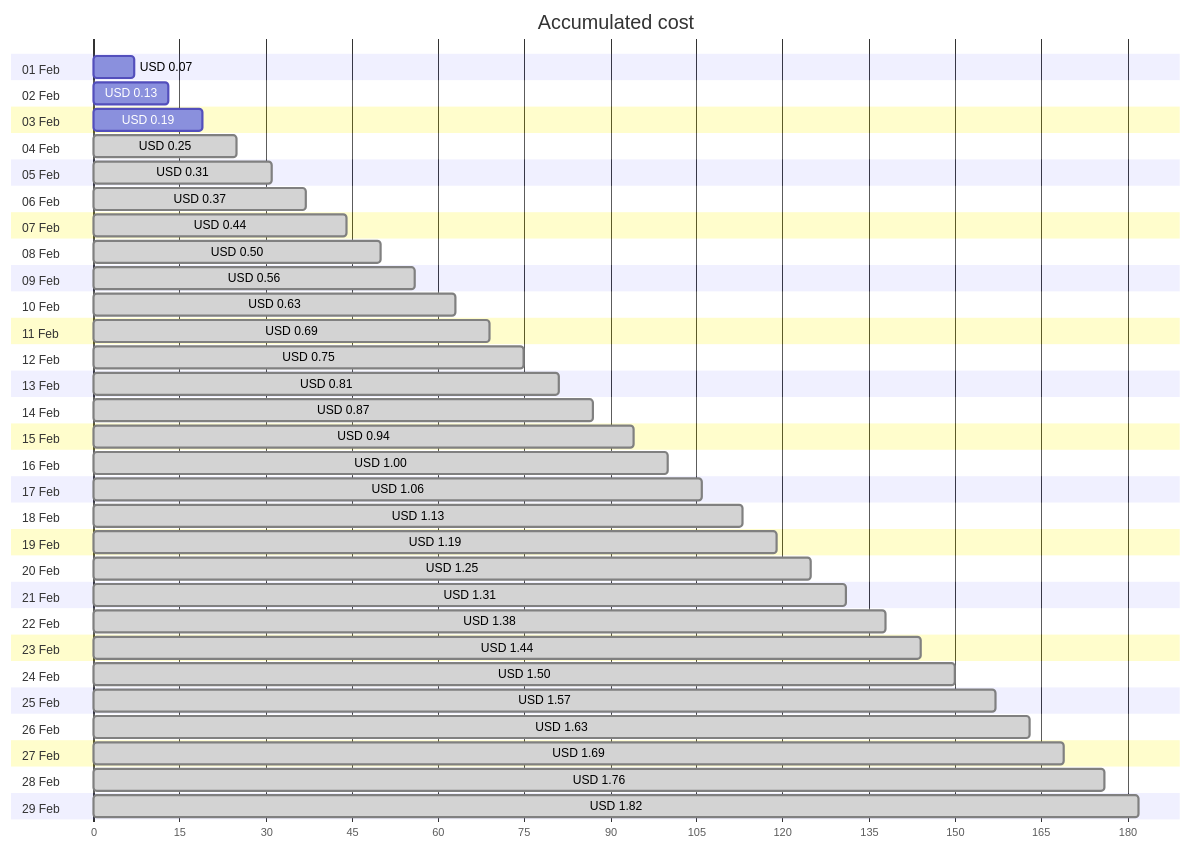
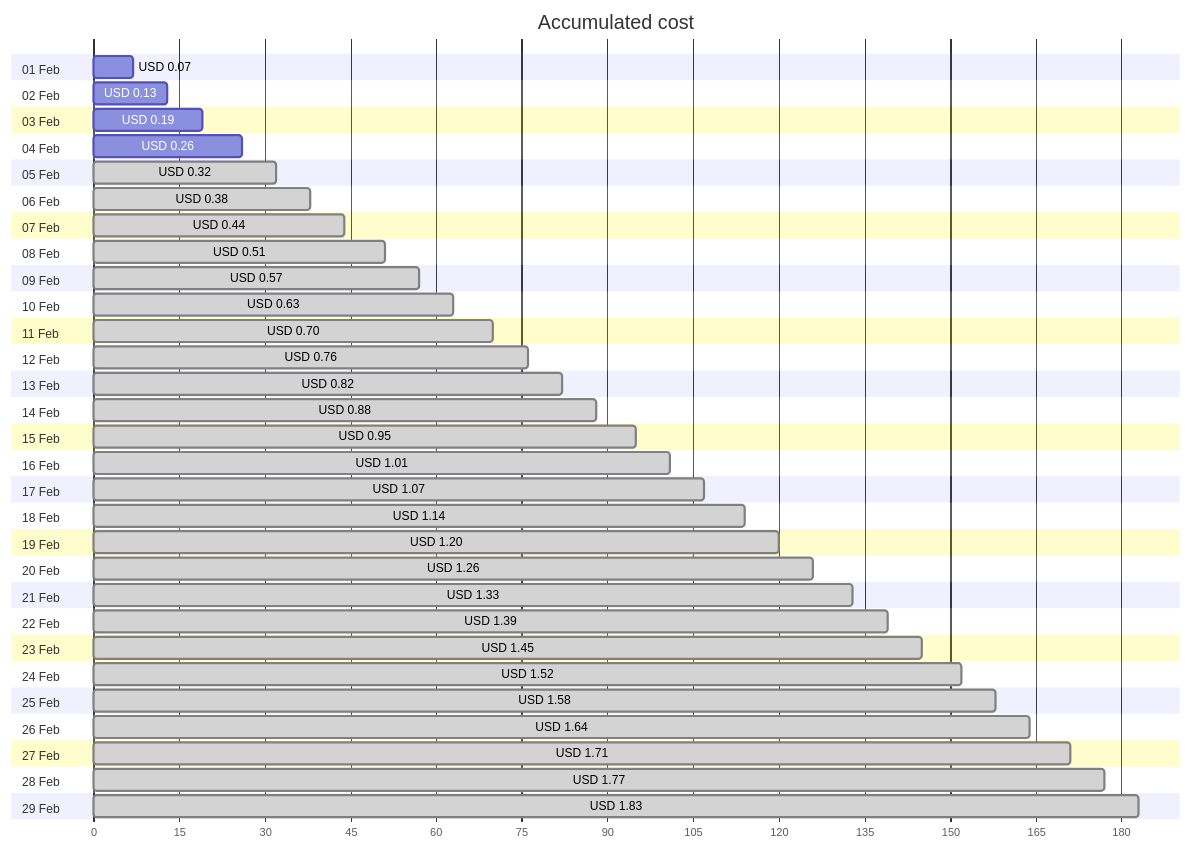
One commit to jpfulton/azure-personal-reports changed the first of 4 diagrams in cost-reports/personal-network/backup-server_OsDisk.md. Above: the diagram before and after it, drawn with Mermaid. The commit also changed other lines of this file and 8 other files, not shown here.

````diff
--- a/cost-reports/personal-network/backup-server_OsDisk.md
+++ b/cost-reports/personal-network/backup-server_OsDisk.md
@@ -20,64 +20,64 @@
 ```mermaid
 gantt
    title Accumulated cost
    dateFormat  X
    axisFormat %s
    section 01 Feb
    USD 0.07 :0, 7
    section 02 Feb
    USD 0.13 :0, 13
    section 03 Feb
    USD 0.19 :0, 19
    section 04 Feb
-   USD 0.25 : done, 0, 25
+   USD 0.26 :0, 26
    section 05 Feb
-   USD 0.31 : done, 0, 31
+   USD 0.32 : done, 0, 32
    section 06 Feb
-   USD 0.37 : done, 0, 37
+   USD 0.38 : done, 0, 38
    section 07 Feb
    USD 0.44 : done, 0, 44
    section 08 Feb
-   USD 0.50 : done, 0, 50
+   USD 0.51 : done, 0, 51
    section 09 Feb
-   USD 0.56 : done, 0, 56
+   USD 0.57 : done, 0, 57
    section 10 Feb
    USD 0.63 : done, 0, 63
    section 11 Feb
-   USD 0.69 : done, 0, 69
+   USD 0.70 : done, 0, 70
    section 12 Feb
-   USD 0.75 : done, 0, 75
+   USD 0.76 : done, 0, 76
    section 13 Feb
-   USD 0.81 : done, 0, 81
+   USD 0.82 : done, 0, 82
    section 14 Feb
-   USD 0.87 : done, 0, 87
+   USD 0.88 : done, 0, 88
    section 15 Feb
-   USD 0.94 : done, 0, 94
+   USD 0.95 : done, 0, 95
    section 16 Feb
-   USD 1.00 : done, 0, 100
+   USD 1.01 : done, 0, 101
    section 17 Feb
-   USD 1.06 : done, 0, 106
+   USD 1.07 : done, 0, 107
    section 18 Feb
-   USD 1.13 : done, 0, 113
+   USD 1.14 : done, 0, 114
    section 19 Feb
-   USD 1.19 : done, 0, 119
+   USD 1.20 : done, 0, 120
    section 20 Feb
-   USD 1.25 : done, 0, 125
+   USD 1.26 : done, 0, 126
    section 21 Feb
-   USD 1.31 : done, 0, 131
+   USD 1.33 : done, 0, 133
    section 22 Feb
-   USD 1.38 : done, 0, 138
+   USD 1.39 : done, 0, 139
    section 23 Feb
-   USD 1.44 : done, 0, 144
+   USD 1.45 : done, 0, 145
    section 24 Feb
-   USD 1.50 : done, 0, 150
+   USD 1.52 : done, 0, 152
    section 25 Feb
-   USD 1.57 : done, 0, 157
+   USD 1.58 : done, 0, 158
    section 26 Feb
-   USD 1.63 : done, 0, 163
+   USD 1.64 : done, 0, 164
    section 27 Feb
-   USD 1.69 : done, 0, 169
+   USD 1.71 : done, 0, 171
    section 28 Feb
-   USD 1.76 : done, 0, 176
+   USD 1.77 : done, 0, 177
    section 29 Feb
-   USD 1.82 : done, 0, 182
+   USD 1.83 : done, 0, 183
 ```
````
